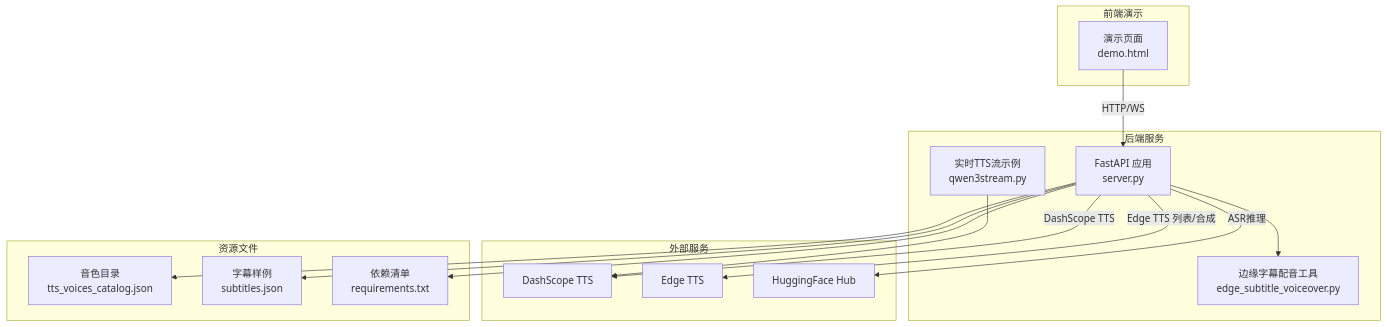
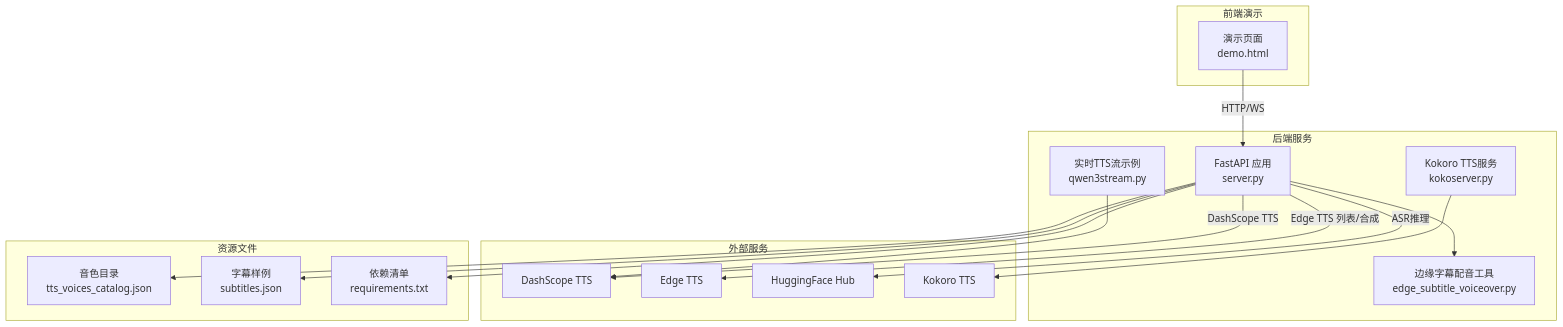
The first of 5 diagrams in .qoder/repowiki/zh/content/后端服务架构/API端点设计.md (1024dashen/Vue3Speech), drawn with Mermaid before and after one commit. The commit also changed other lines of this file and 9 other files, not shown here.

````diff
--- a/.qoder/repowiki/zh/content/后端服务架构/API端点设计.md
+++ b/.qoder/repowiki/zh/content/后端服务架构/API端点设计.md
@@ -40,30 +41,33 @@
 ```mermaid
 graph TB
 subgraph "后端服务"
 S["FastAPI 应用<br/>server.py"]
 E["边缘字幕配音工具<br/>edge_subtitle_voiceover.py"]
 Q["实时TTS流示例<br/>qwen3stream.py"]
+K["Kokoro TTS服务<br/>kokoserver.py"]
 end
 subgraph "前端演示"
 D["演示页面<br/>demo.html"]
 end
 subgraph "外部服务"
 DS["DashScope TTS"]
 ET["Edge TTS"]
 HF["HuggingFace Hub"]
+KK["Kokoro TTS"]
 end
 subgraph "资源文件"
 TV["音色目录<br/>tts_voices_catalog.json"]
 SB["字幕样例<br/>subtitles.json"]
 REQ["依赖清单<br/>requirements.txt"]
 end
 D --> |"HTTP/WS"| S
 S --> |"ASR推理"| HF
 S --> |"DashScope TTS"| DS
 S --> |"Edge TTS 列表/合成"| ET
 S --> E
 Q --> DS
 S --> TV
 S --> SB
 S --> REQ
+K --> KK
 ```
````
